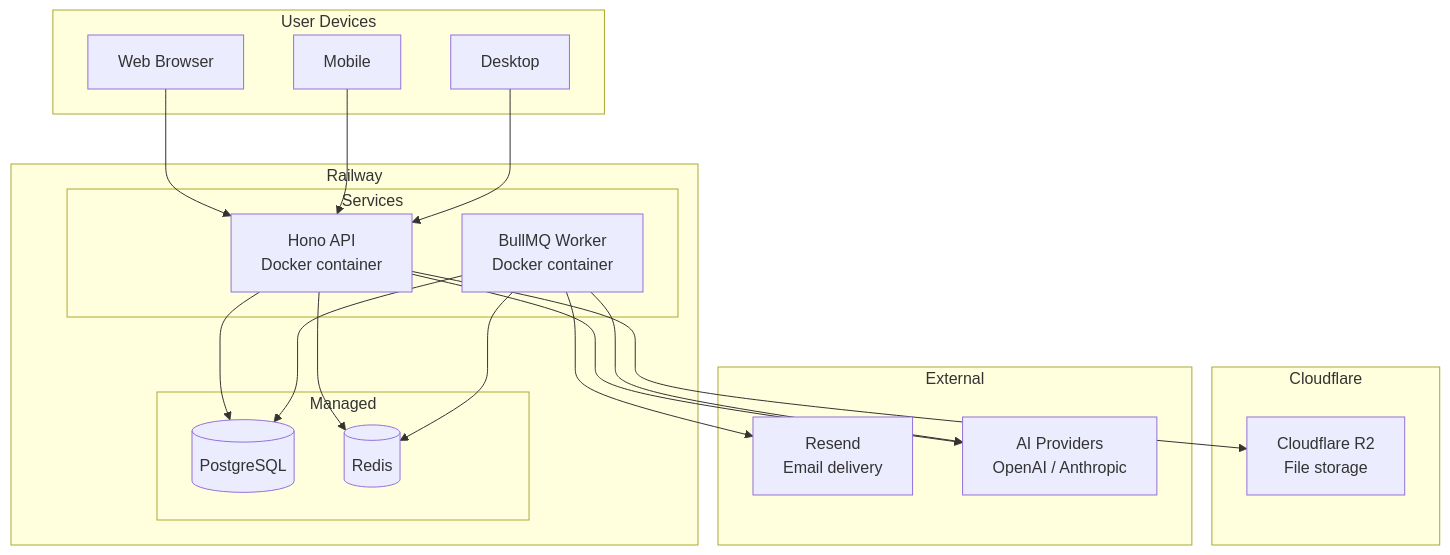
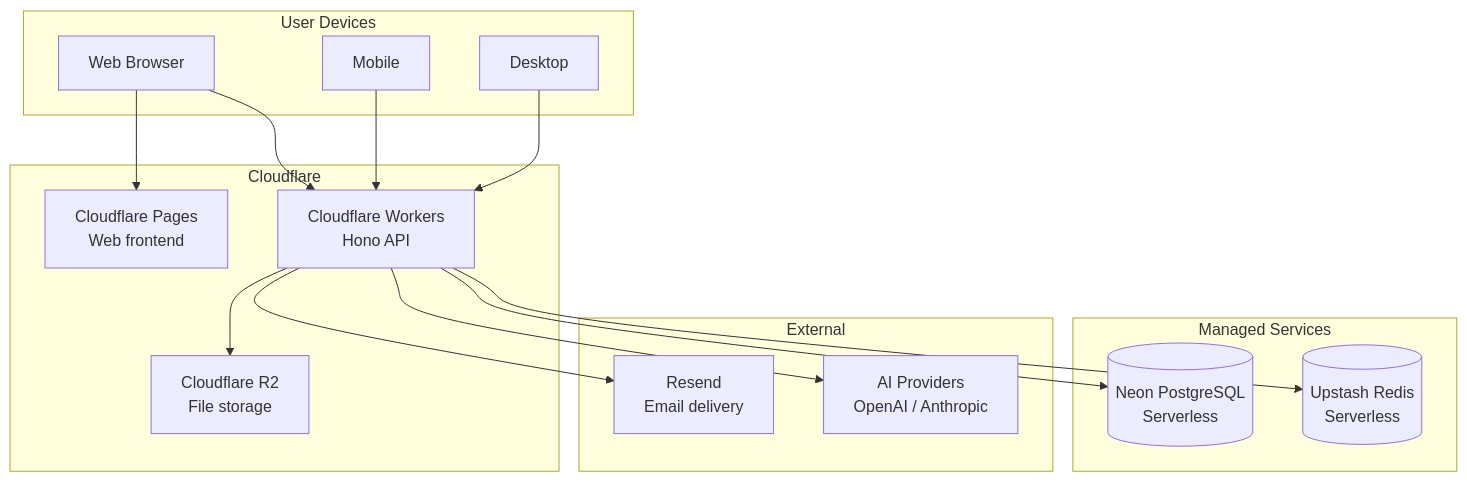
The seventh of 8 diagrams in docs/ARCHITECTURE.md (Dsantiagomj/rumbo), drawn with Mermaid before and after one commit. The commit also changed 111 other files, not shown here.

First line of the commit message:
Release v0.0.3: Sprint 2 & 3 — API, Auth & Web App Foundation (#24)

````diff
--- a/docs/ARCHITECTURE.md
+++ b/docs/ARCHITECTURE.md
@@ -374,41 +374,34 @@
 ```mermaid
 graph TB
     subgraph User Devices
         BROWSER[Web Browser]
         PHONE[Mobile]
         PC[Desktop]
     end
 
-    subgraph Railway
-        subgraph Services
-            API_SVC[Hono API<br/>Docker container]
-            WORKER[BullMQ Worker<br/>Docker container]
-        end
-        subgraph Managed
-            PG_DB[(PostgreSQL)]
-            REDIS_DB[(Redis)]
-        end
+    subgraph Cloudflare
+        PAGES[Cloudflare Pages<br/>Web frontend]
+        WORKERS[Cloudflare Workers<br/>Hono API]
+        R2_STORAGE[Cloudflare R2<br/>File storage]
     end
 
-    subgraph Cloudflare
-        R2_STORAGE[Cloudflare R2<br/>File storage]
+    subgraph Managed Services
+        NEON[(Neon PostgreSQL<br/>Serverless)]
+        UPSTASH[(Upstash Redis<br/>Serverless)]
     end
 
     subgraph External
         RESEND_SVC[Resend<br/>Email delivery]
         AI_PROVIDERS[AI Providers<br/>OpenAI / Anthropic]
     end
 
-    BROWSER --> API_SVC
-    PHONE --> API_SVC
-    PC --> API_SVC
-    API_SVC --> PG_DB
-    API_SVC --> REDIS_DB
-    API_SVC --> R2_STORAGE
-    API_SVC --> AI_PROVIDERS
-
-    WORKER --> PG_DB
-    WORKER --> REDIS_DB
-    WORKER --> RESEND_SVC
-    WORKER --> AI_PROVIDERS
+    BROWSER --> PAGES
+    BROWSER --> WORKERS
+    PHONE --> WORKERS
+    PC --> WORKERS
+    WORKERS --> NEON
+    WORKERS --> UPSTASH
+    WORKERS --> R2_STORAGE
+    WORKERS --> AI_PROVIDERS
+    WORKERS --> RESEND_SVC
 ```
````
